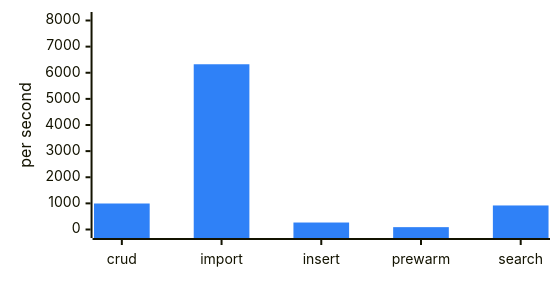
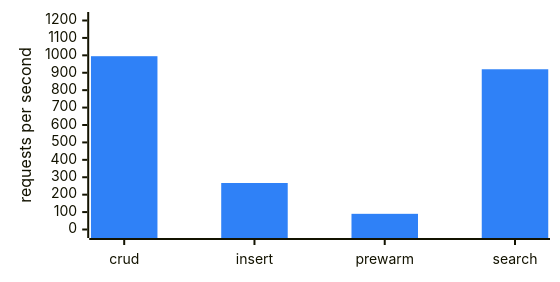
The second of 4 diagrams in .github/tmp-summary-test/stacked/leg-sqlite-elasticsearch.md (HeliosSoftware/hfs), drawn with Mermaid before and after one commit. The commit also changed other lines of this file and 16 other files, not shown here.

Commit message:
ci: Bulk Import row, shorter labels, per-leg charts side by side

````diff
--- a/.github/tmp-summary-test/stacked/leg-sqlite-elasticsearch.md
+++ b/.github/tmp-summary-test/stacked/leg-sqlite-elasticsearch.md
@@ -138,7 +139,7 @@
 ```mermaid
 %%{init: {"xyChart": {"width": 540, "height": 260, "useMaxWidth": false}, "themeVariables": {"xyChart": {"plotColorPalette": "#2f81f7", "backgroundColor": "transparent"}}}}%%
 xychart-beta
-    x-axis ["crud", "import", "insert", "prewarm", "search"]
-    y-axis "per second" 0 --> 8000
-    bar [995, 6325, 267, 90, 920]
+    x-axis ["crud", "insert", "prewarm", "search"]
+    y-axis "requests per second" 0 --> 1200
+    bar [995, 267, 90, 920]
 ```
````
